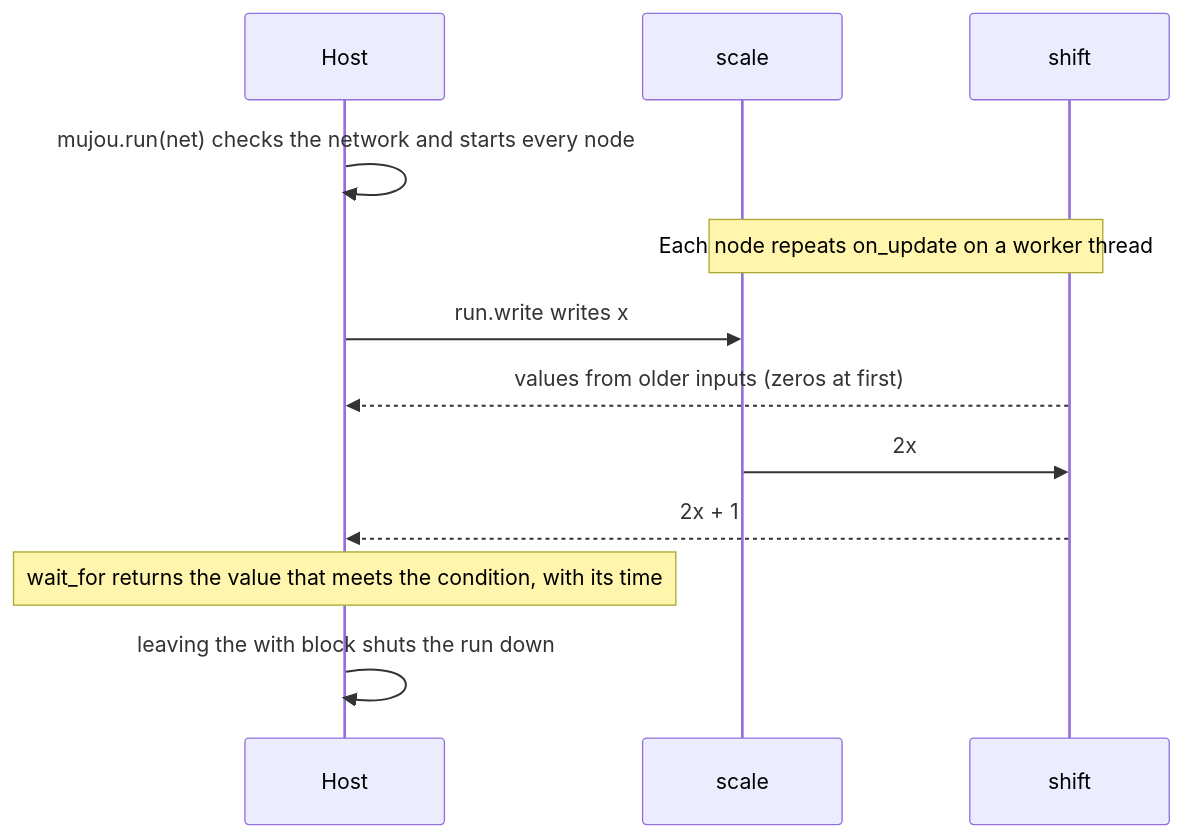
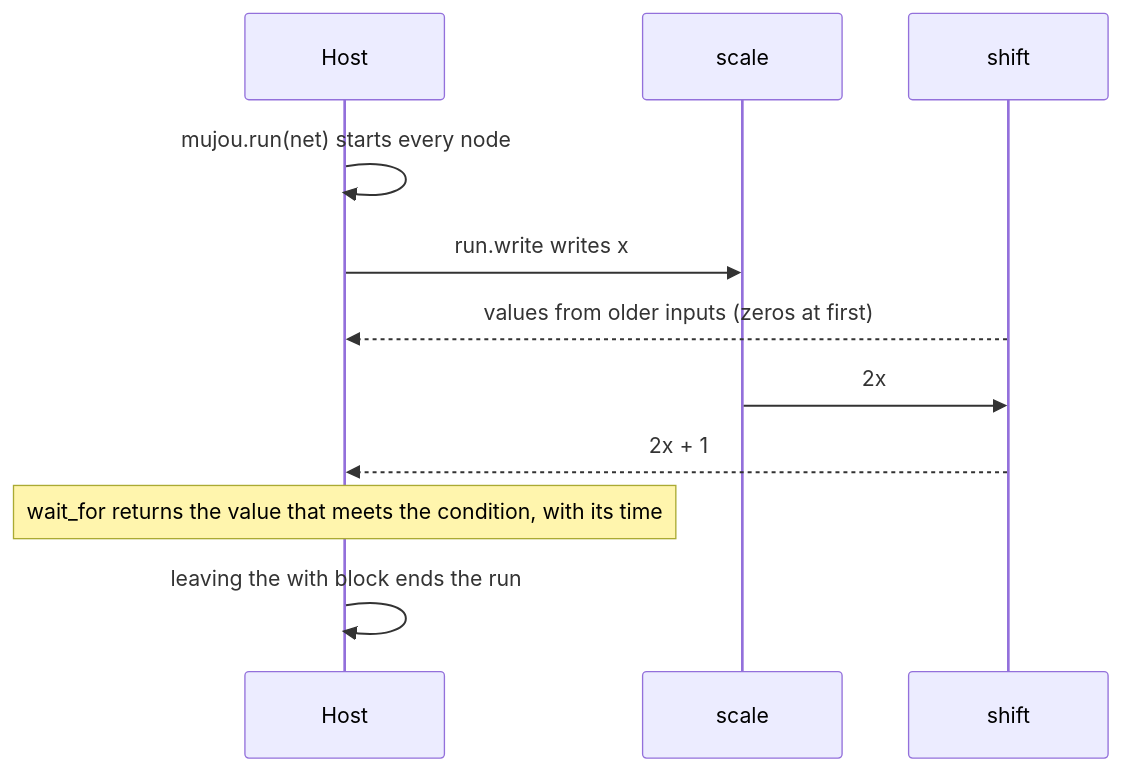
The second of 2 diagrams in docs/en/tutorial/1-run.md (Geson-anko/mujou), drawn with Mermaid before and after one commit. The commit also changed other lines of this file and 49 other files, not shown here.

````diff
--- a/docs/en/tutorial/1-run.md
+++ b/docs/en/tutorial/1-run.md
@@ -152,14 +56,13 @@
 ```mermaid
 sequenceDiagram
     participant H as Host
     participant S as scale
     participant F as shift
-    H->>H: mujou.run(net) checks the network and starts every node
-    Note over S,F: Each node repeats on_update on a worker thread
+    H->>H: mujou.run(net) starts every node
     H->>S: run.write writes x
     F-->>H: values from older inputs (zeros at first)
     S->>F: 2x
     F-->>H: 2x + 1
     Note over H: wait_for returns the value that meets the condition, with its time
-    H->>H: leaving the with block shuts the run down
+    H->>H: leaving the with block ends the run
 ```
````
